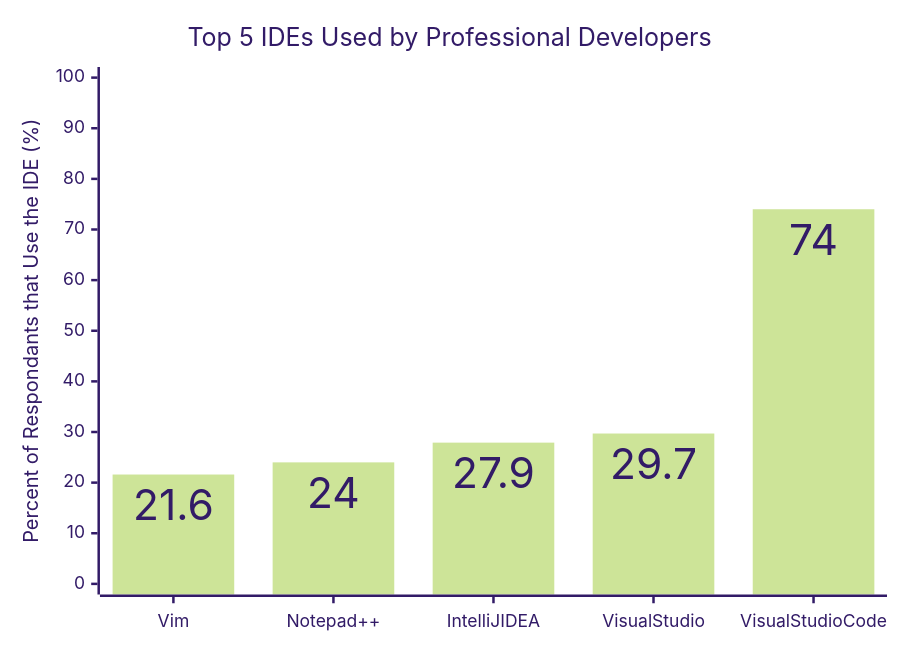
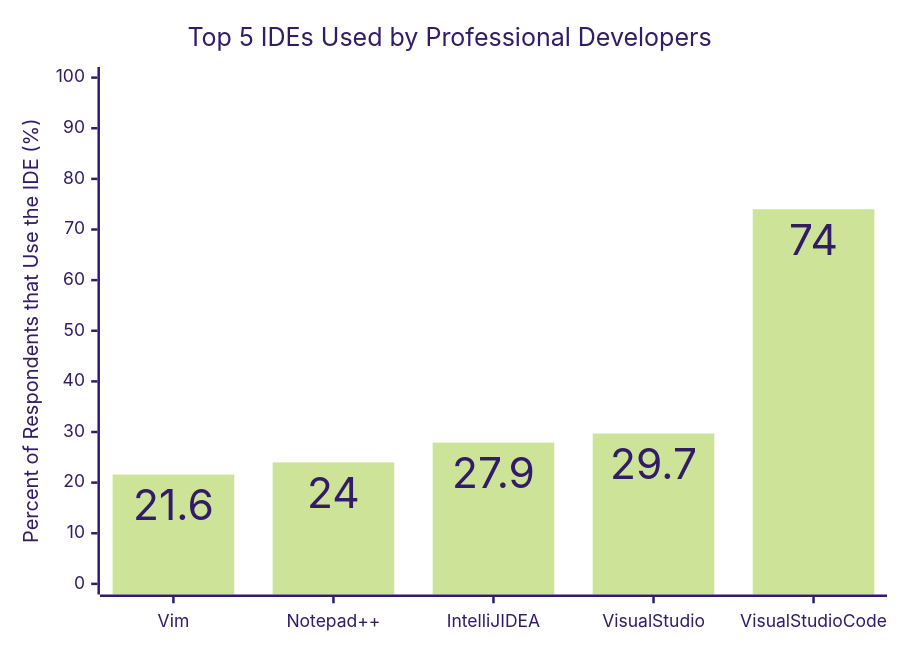
One commit to DOI-USGS/cdi-software-tutorials-2025 changed the diagram in ide-git-integration/popular-ides.md. Above: the diagram before and after it, drawn with Mermaid (forest theme). The commit also changed other lines of this file, not shown here.

````diff
--- a/ide-git-integration/popular-ides.md
+++ b/ide-git-integration/popular-ides.md
@@ -16,14 +16,14 @@
 ```mermaid
 ---
 config:
     xyChart:
         showDataLabel: true
         showLabel: true
 ---
 
 xychart-beta
     title "Top 5 IDEs Used by Professional Developers"
     x-axis [Vim, Notepad++, IntelliJ IDEA, Visual Studio, Visual Studio Code]
-    y-axis "Percent of Respondants that Use the IDE  (%)" 0 --> 100
+    y-axis "Percent of Respondents that Use the IDE  (%)" 0 --> 100
     bar [21.6, 24, 27.9, 29.7, 74]
 ```
````
